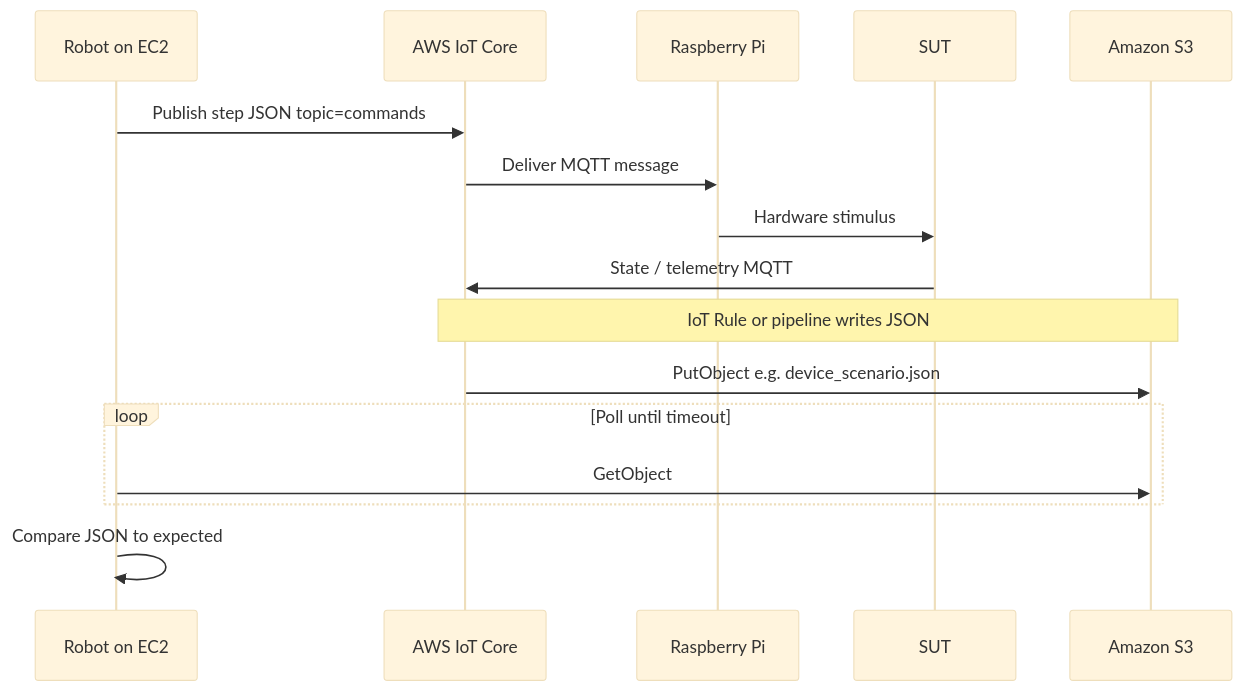
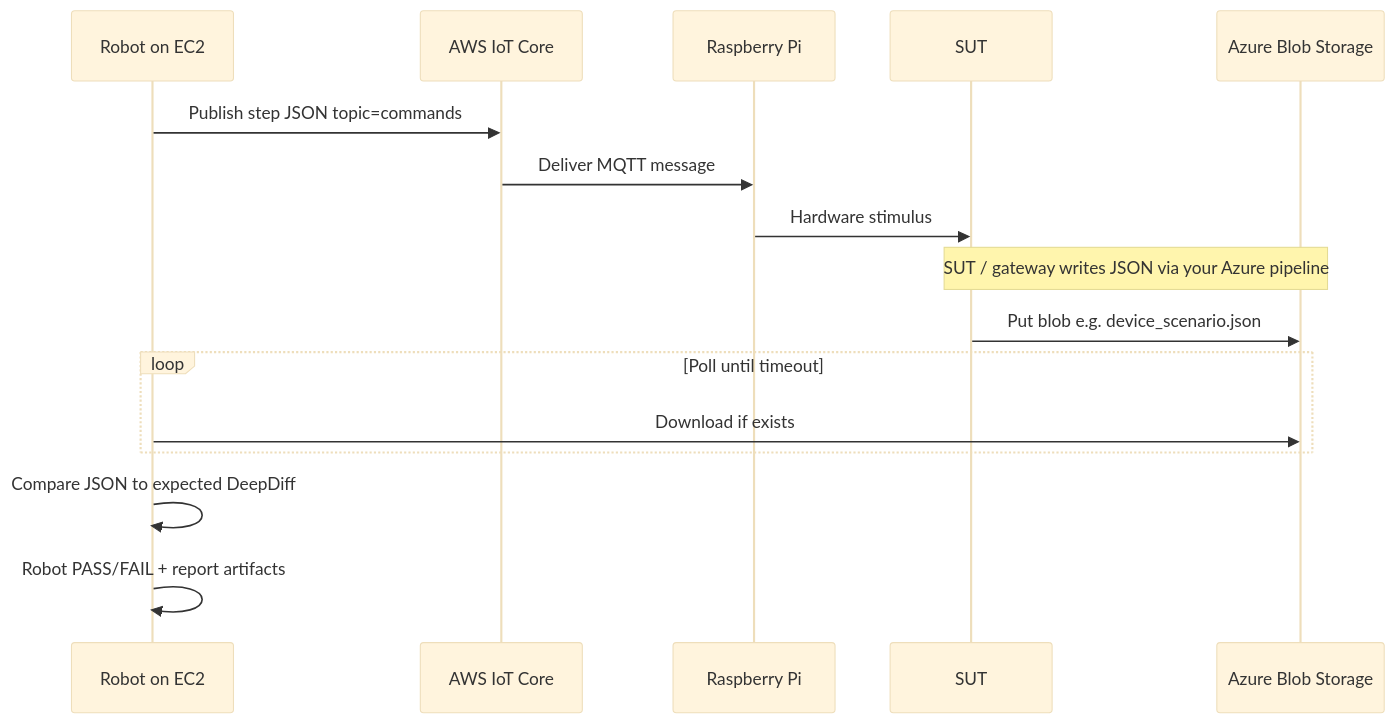
One commit to shafkat1/IoT-SIM changed the second of 2 diagrams in README.md. Above: the diagram before and after it, drawn with Mermaid (base theme). The commit also changed other lines of this file and 3 other files, not shown here.

First line of the commit message:
Hybrid cloud: AWS IoT commands, Azure Blob for result JSON

````diff
--- a/README.md
+++ b/README.md
@@ -48,19 +48,19 @@
 ```mermaid
 sequenceDiagram
   participant RF as Robot on EC2
   participant IoT as AWS IoT Core
   participant Pi as Raspberry Pi
   participant SUT as SUT
-  participant S3 as Amazon S3
+  participant Blob as Azure Blob Storage
 
   RF->>IoT: Publish step JSON topic=commands
   IoT->>Pi: Deliver MQTT message
   Pi->>SUT: Hardware stimulus
-  SUT->>IoT: State / telemetry MQTT
-  Note over IoT,S3: IoT Rule or pipeline writes JSON
-  IoT->>S3: PutObject e.g. device_scenario.json
+  Note over SUT,Blob: SUT / gateway writes JSON via your Azure pipeline
+  SUT->>Blob: Put blob e.g. device_scenario.json
   loop Poll until timeout
-    RF->>S3: GetObject
+    RF->>Blob: Download if exists
   end
-  RF->>RF: Compare JSON to expected
+  RF->>RF: Compare JSON to expected DeepDiff
+  RF->>RF: Robot PASS/FAIL + report artifacts
 ```
````
